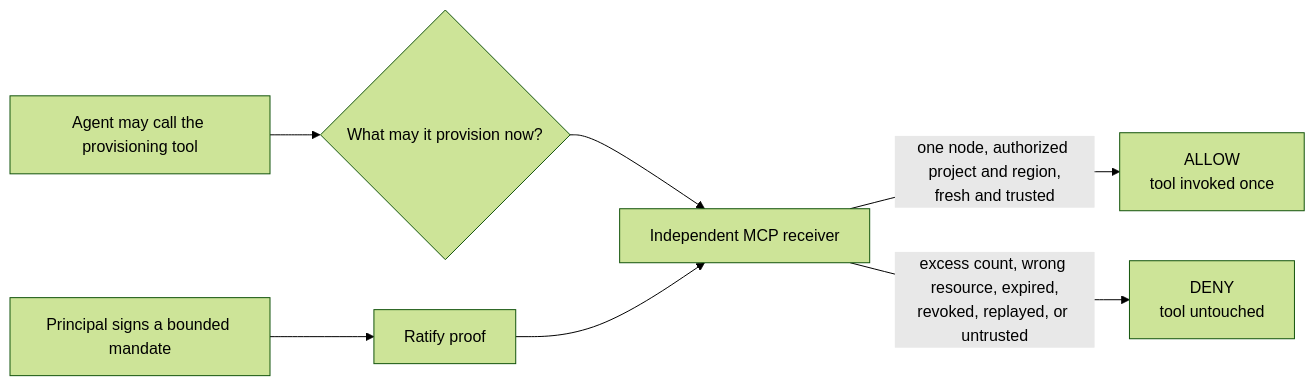
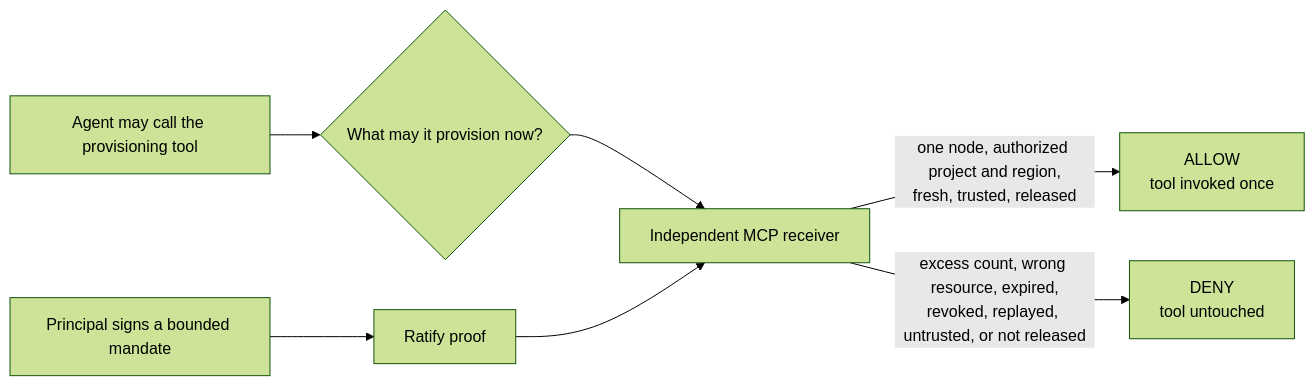
The second of 2 diagrams in references/google-adk/README.md (identities-ai/ratify-protocol), drawn with Mermaid (forest theme) before and after one commit. The commit also changed other lines of this file and 876 other files, not shown here.

````diff
--- a/references/google-adk/README.md
+++ b/references/google-adk/README.md
@@ -73,9 +88,9 @@
 ```mermaid
 flowchart LR
     A[Agent may call the provisioning tool] --> B{What may it provision now?}
     C[Principal signs a bounded mandate] --> D[Ratify proof]
     B --> E[Independent MCP receiver]
     D --> E
-    E -->|"one node, authorized project and region,<br/>fresh and trusted"| F["ALLOW<br/>tool invoked once"]
-    E -->|"excess count, wrong resource, expired,<br/>revoked, replayed, or untrusted"| G["DENY<br/>tool untouched"]
+    E -->|"one node, authorized project and region,<br/>fresh, trusted, released"| F["ALLOW<br/>tool invoked once"]
+    E -->|"excess count, wrong resource, expired,<br/>revoked, replayed, untrusted, or not released"| G["DENY<br/>tool untouched"]
 ```
````
